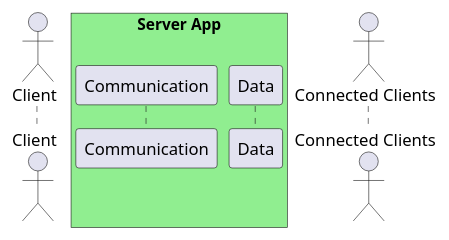
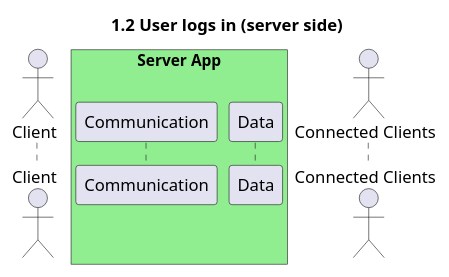
One commit to UTCAI12/Diagrams changed the diagram in sequence/1.2.user_logs_in_server.puml. Above: the diagram before and after it, drawn with PlantUML. The commit also changed 30 other files, not shown here.

Commit message:
adding titles on all diagrams

```diff
--- a/sequence/1.2.user_logs_in_server.puml
+++ b/sequence/1.2.user_logs_in_server.puml
@@ -1,10 +1,11 @@
 @startuml 1.2 User logs in (server side)
+title 1.2 User logs in (server side)
 
 actor "Client" as client
 box "Server App" #LightGreen
     participant "Communication" as com
     participant "Data" as data
 end box
 actor "Connected Clients" as connected
 
 @enduml
```
